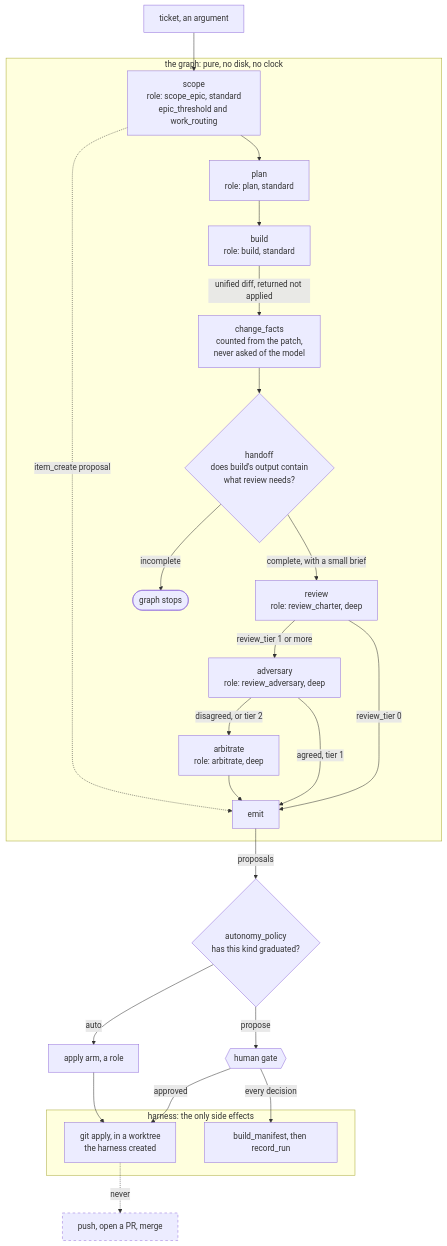
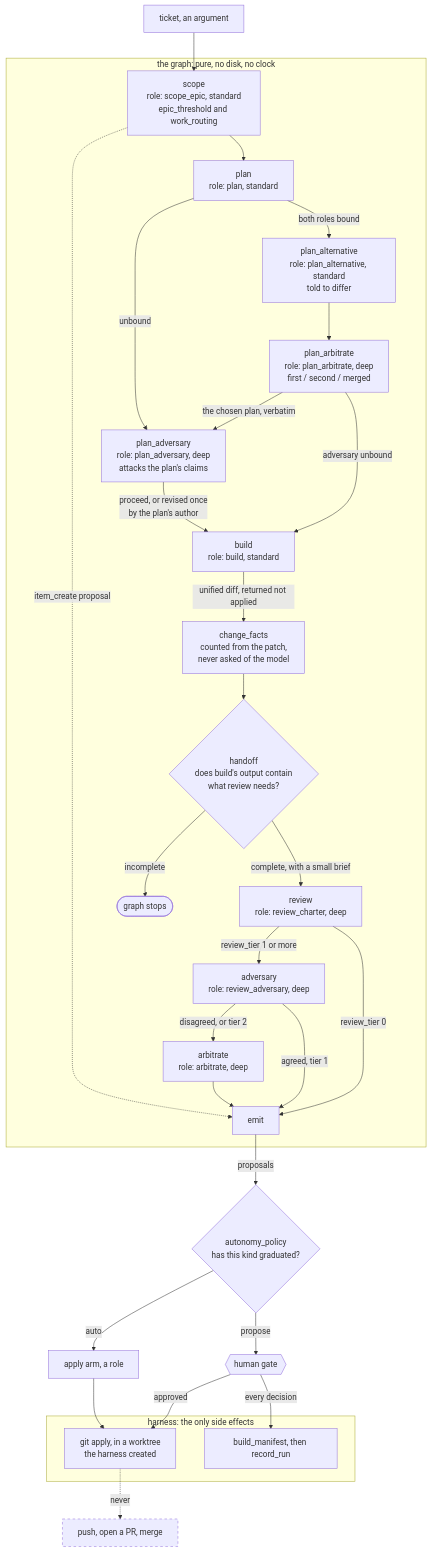
Before and after one commit to ppfenning/coxswain-graphs: the diagram in graphs/delivery/lifecycle-propose.md, drawn with Mermaid. The commit also changed other lines of this file and 3 other files, not shown here.

First line of the commit message:
lifecycle: solutions compete before build (plan_alternative, plan_arbitrate, plan_adversary) (#8)

````diff
--- a/graphs/delivery/lifecycle-propose.md
+++ b/graphs/delivery/lifecycle-propose.md
@@ -28,47 +31,55 @@
 ```mermaid
 flowchart TB
     TICKET["ticket, an argument"] --> SCOPE
 
     subgraph GRAPH["the graph: pure, no disk, no clock"]
         SCOPE["scope<br/>role: scope_epic, standard<br/>epic_threshold and work_routing"]
         PLAN["plan<br/>role: plan, standard"]
+        ALT["plan_alternative<br/>role: plan_alternative, standard<br/>told to differ"]
+        PARB["plan_arbitrate<br/>role: plan_arbitrate, deep<br/>first / second / merged"]
+        PADV["plan_adversary<br/>role: plan_adversary, deep<br/>attacks the plan's claims"]
         BUILD["build<br/>role: build, standard"]
         FACTS["change_facts<br/>counted from the patch,<br/>never asked of the model"]
         HANDOFF{"handoff<br/>does build's output contain<br/>what review needs?"}
         REVIEW["review<br/>role: review_charter, deep"]
         ADV["adversary<br/>role: review_adversary, deep"]
         ARB["arbitrate<br/>role: arbitrate, deep"]
         EMIT["emit"]
         STOP(["graph stops"])
 
         SCOPE --> PLAN
-        PLAN --> BUILD
+        PLAN -- "both roles bound" --> ALT
+        ALT --> PARB
+        PARB -- "the chosen plan, verbatim" --> PADV
+        PARB -- "adversary unbound" --> BUILD
+        PLAN -- "unbound" --> PADV
+        PADV -- "proceed, or revised once<br/>by the plan's author" --> BUILD
         BUILD -- "unified diff, returned not applied" --> FACTS
         FACTS --> HANDOFF
         HANDOFF -- "incomplete" --> STOP
         HANDOFF -- "complete, with a small brief" --> REVIEW
         REVIEW -- "review_tier 0" --> EMIT
         REVIEW -- "review_tier 1 or more" --> ADV
         ADV -- "agreed, tier 1" --> EMIT
         ADV -- "disagreed, or tier 2" --> ARB
         ARB --> EMIT
         SCOPE -. "item_create proposal" .-> EMIT
     end
 
     EMIT -- "proposals" --> POLICY{"autonomy_policy<br/>has this kind graduated?"}
     POLICY -- "propose" --> GATE{{"human gate"}}
     POLICY -- "auto" --> ARM["apply arm, a role"]
 
     subgraph HARNESS["harness: the only side effects"]
         APPLY["git apply, in a worktree<br/>the harness created"]
         RECORD["build_manifest, then record_run"]
     end
 
     GATE -- "approved" --> APPLY
     ARM --> APPLY
     GATE -- "every decision" --> RECORD
 
     APPLY -. "never" .-> PUSH["push, open a PR, merge"]
 
     style PUSH stroke-dasharray: 5 5
 ```
````
